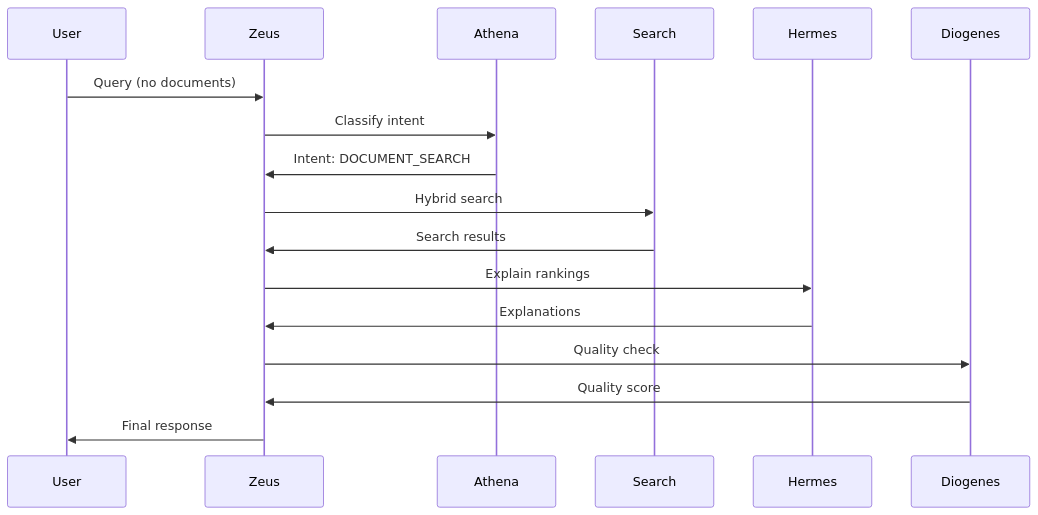
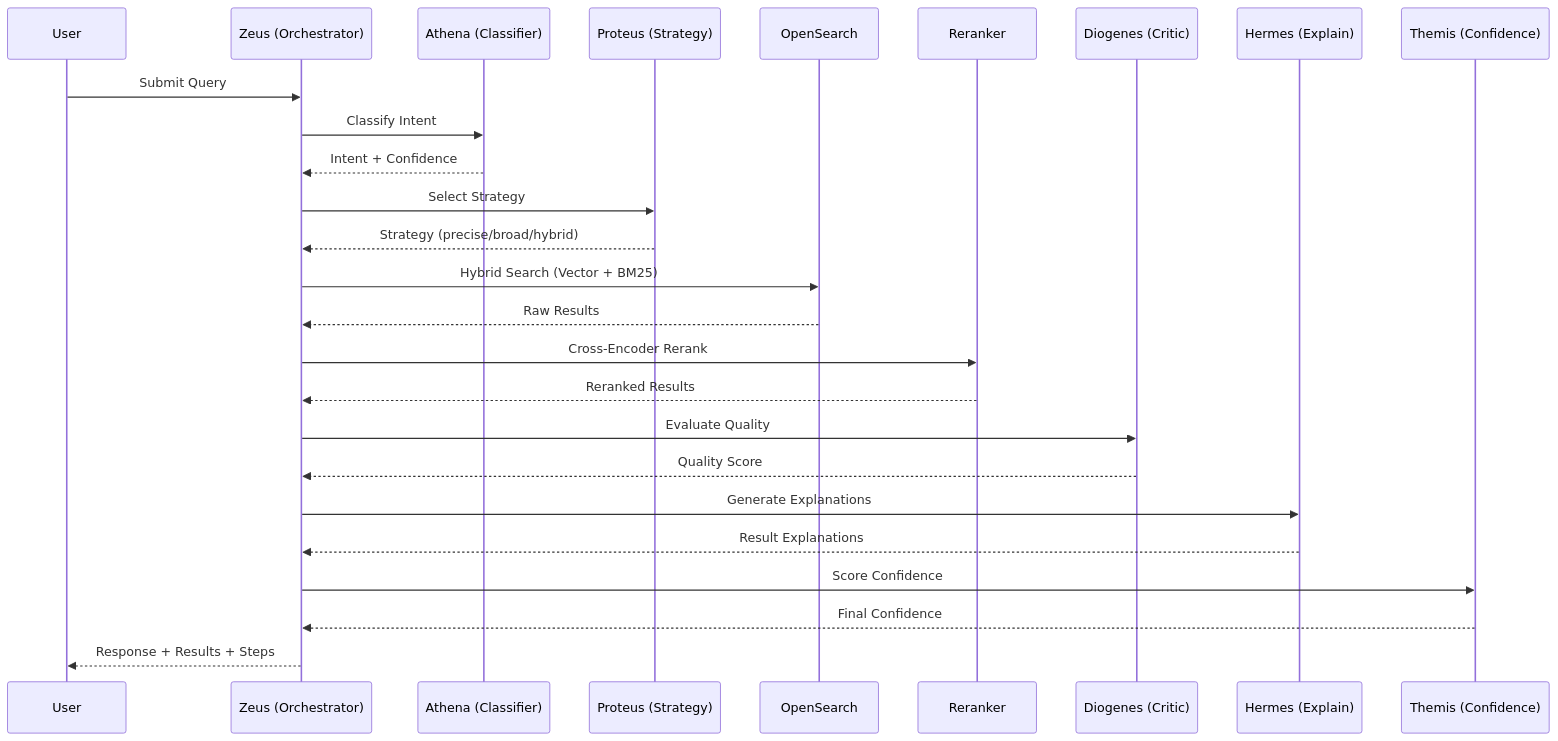
One commit to HalfBloodPrince07/Vantage changed the diagram in ARCHITECTURE.md. Above: the diagram before and after it, drawn with Mermaid. The commit also changed other lines of this file and 1223 other files, not shown here.

````diff
--- a/ARCHITECTURE.md
+++ b/ARCHITECTURE.md
@@ -131,20 +161,29 @@
 ```mermaid
 sequenceDiagram
     participant U as User
-    participant Z as Zeus
-    participant A as Athena
-    participant S as Search
-    participant H as Hermes
-    participant D as Diogenes
-    
-    U->>Z: Query (no documents)
-    Z->>A: Classify intent
-    A->>Z: Intent: DOCUMENT_SEARCH
-    Z->>S: Hybrid search
-    S->>Z: Search results
-    Z->>H: Explain rankings
-    H->>Z: Explanations
-    Z->>D: Quality check
-    D->>Z: Quality score
-    Z->>U: Final response
+    participant Z as Zeus (Orchestrator)
+    participant A as Athena (Classifier)
+    participant P as Proteus (Strategy)
+    participant O as OpenSearch
+    participant R as Reranker
+    participant D as Diogenes (Critic)
+    participant H as Hermes (Explain)
+    participant T as Themis (Confidence)
+
+    U->>Z: Submit Query
+    Z->>A: Classify Intent
+    A-->>Z: Intent + Confidence
+    Z->>P: Select Strategy
+    P-->>Z: Strategy (precise/broad/hybrid)
+    Z->>O: Hybrid Search (Vector + BM25)
+    O-->>Z: Raw Results
+    Z->>R: Cross-Encoder Rerank
+    R-->>Z: Reranked Results
+    Z->>D: Evaluate Quality
+    D-->>Z: Quality Score
+    Z->>H: Generate Explanations
+    H-->>Z: Result Explanations
+    Z->>T: Score Confidence
+    T-->>Z: Final Confidence
+    Z-->>U: Response + Results + Steps
 ```
````
